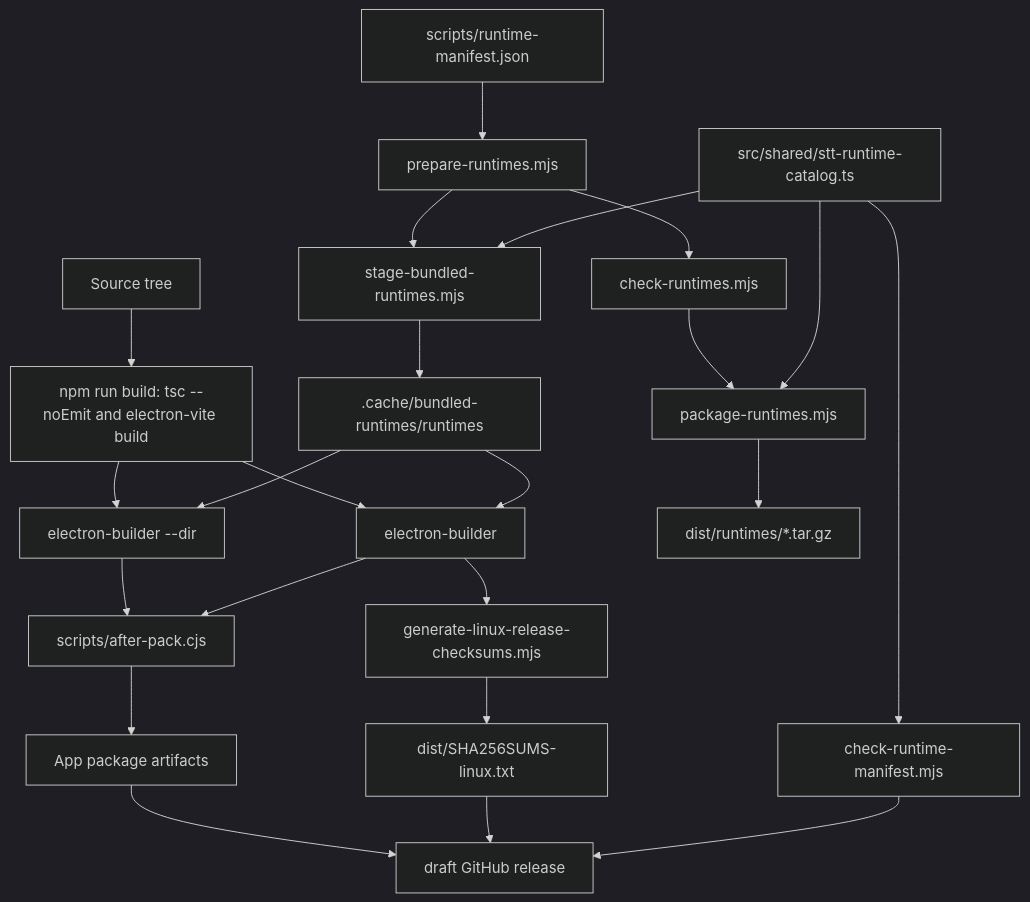
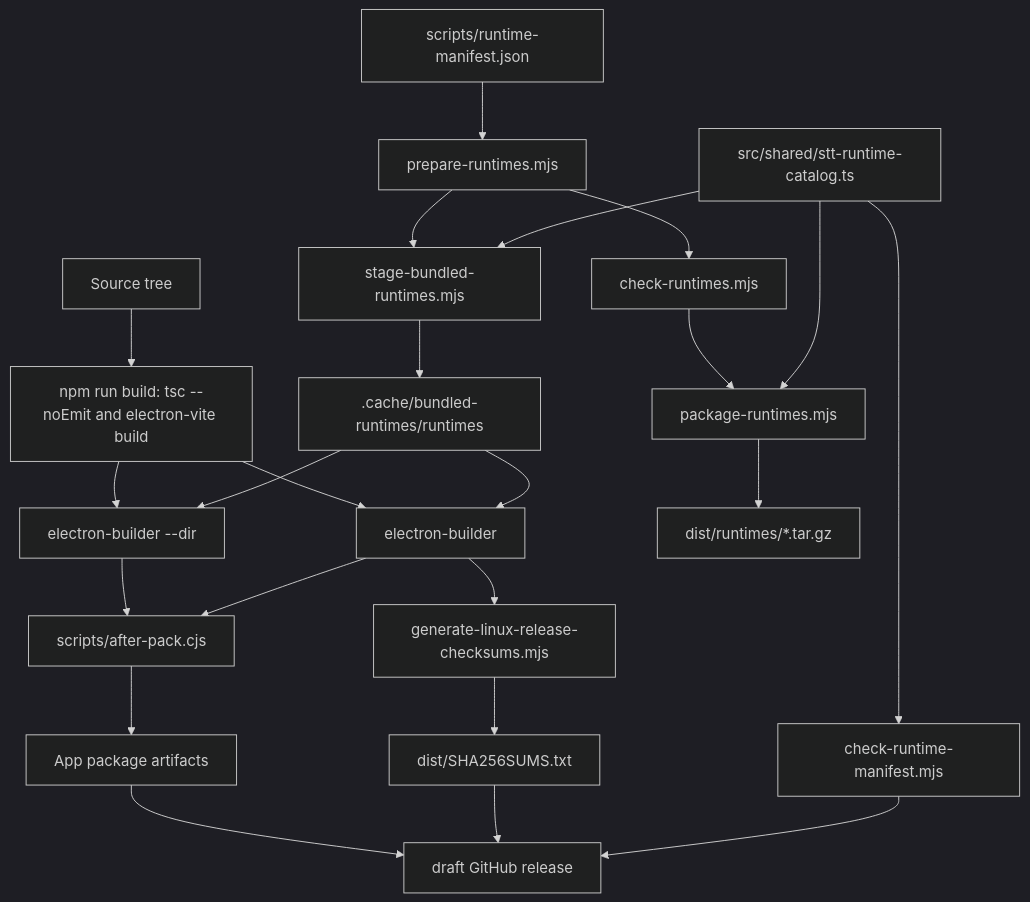
The diagram in docs/development/release-and-packaging.md (strxnd/murmur), drawn with Mermaid (dark theme) before and after one commit. The commit also changed other lines of this file and 74 other files, not shown here.

````diff
--- a/docs/development/release-and-packaging.md
+++ b/docs/development/release-and-packaging.md
@@ -5,35 +5,35 @@
 ```mermaid
 flowchart TD
   Source["Source tree"]
   Build["npm run build: tsc --noEmit and electron-vite build"]
   Pack["electron-builder --dir"]
   Dist["electron-builder"]
   AfterPack["scripts/after-pack.cjs"]
   AppArtifacts["App package artifacts"]
   Checksums["generate-linux-release-checksums.mjs"]
-  Sha256Sums["dist/SHA256SUMS-linux.txt"]
+  Sha256Sums["dist/SHA256SUMS.txt"]
   DraftRelease["draft GitHub release"]
 
   RuntimeManifest["scripts/runtime-manifest.json"]
   Prepare["prepare-runtimes.mjs"]
   Stage["stage-bundled-runtimes.mjs"]
   Doctor["check-runtimes.mjs"]
   PackageRuntime["package-runtimes.mjs"]
   ManifestCheck["check-runtime-manifest.mjs"]
   RuntimeCatalog["src/shared/stt-runtime-catalog.ts"]
   RuntimeArchives["dist/runtimes/*.tar.gz"]
   BundledRuntimes[".cache/bundled-runtimes/runtimes"]
 
   Source --> Build --> Pack --> AfterPack --> AppArtifacts
   Build --> Dist --> AfterPack
   Dist --> Checksums --> Sha256Sums
   AppArtifacts --> DraftRelease
   Sha256Sums --> DraftRelease
   Prepare --> Stage --> BundledRuntimes --> Pack
   BundledRuntimes --> Dist
   RuntimeManifest --> Prepare --> Doctor --> PackageRuntime --> RuntimeArchives
   RuntimeCatalog --> PackageRuntime
   RuntimeCatalog --> ManifestCheck
   ManifestCheck --> DraftRelease
   RuntimeCatalog --> Stage
 ```
````
